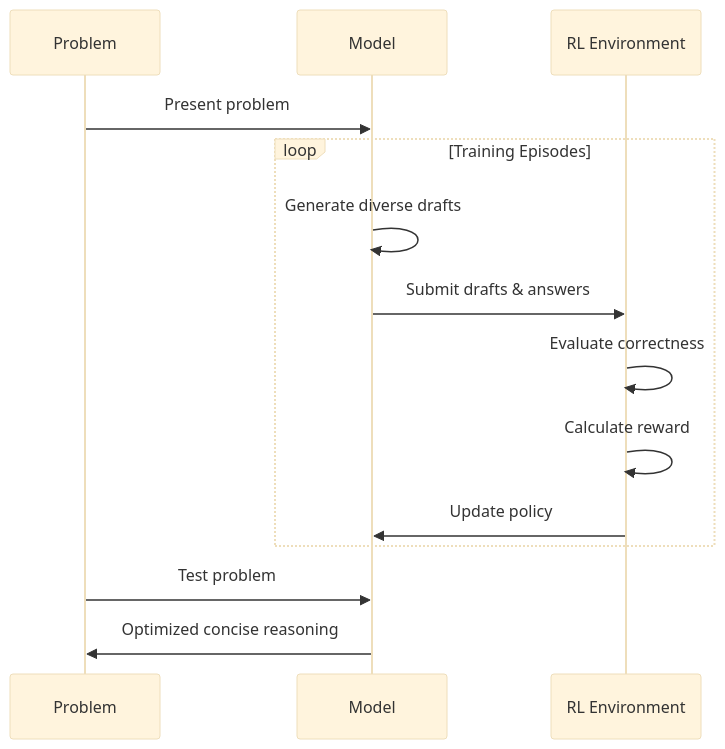
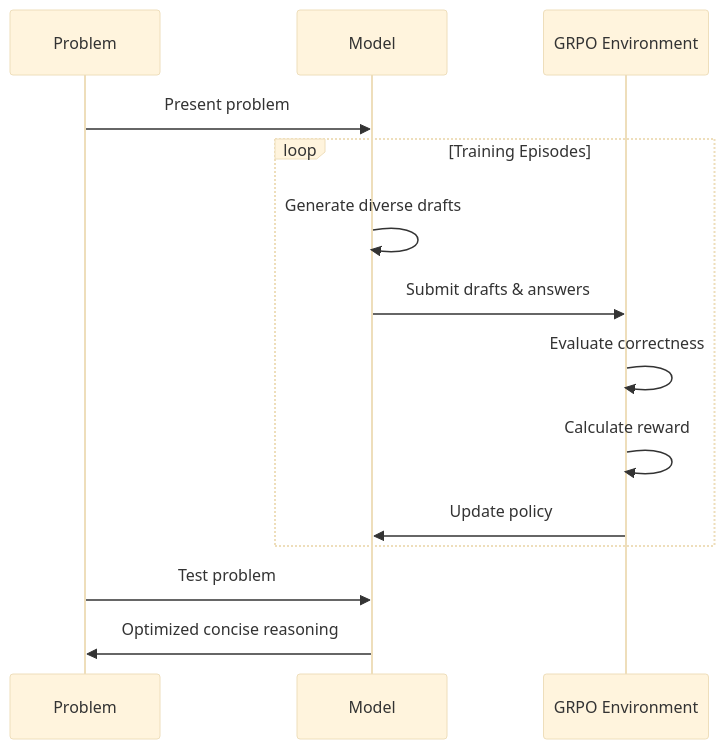
The third of 4 diagrams in dylan-blog/content/posts/chain-of-draft-with-semantically-diverse-thinking-tokens.md (dylanler/dylanler.github.io), drawn with Mermaid (base theme) before and after one commit. The commit also changed other lines of this file, not shown here.

````diff
--- a/dylan-blog/content/posts/chain-of-draft-with-semantically-diverse-thinking-tokens.md
+++ b/dylan-blog/content/posts/chain-of-draft-with-semantically-diverse-thinking-tokens.md
@@ -131,17 +139,17 @@
 ```mermaid
 sequenceDiagram
     participant P as Problem
     participant M as Model
-    participant R as RL Environment
+    participant R as GRPO Environment
     
     P->>M: Present problem
     loop Training Episodes
         M->>M: Generate diverse drafts
         M->>R: Submit drafts & answers
         R->>R: Evaluate correctness
         R->>R: Calculate reward
         R->>M: Update policy
     end
     P->>M: Test problem
     M->>P: Optimized concise reasoning
 ```
````
